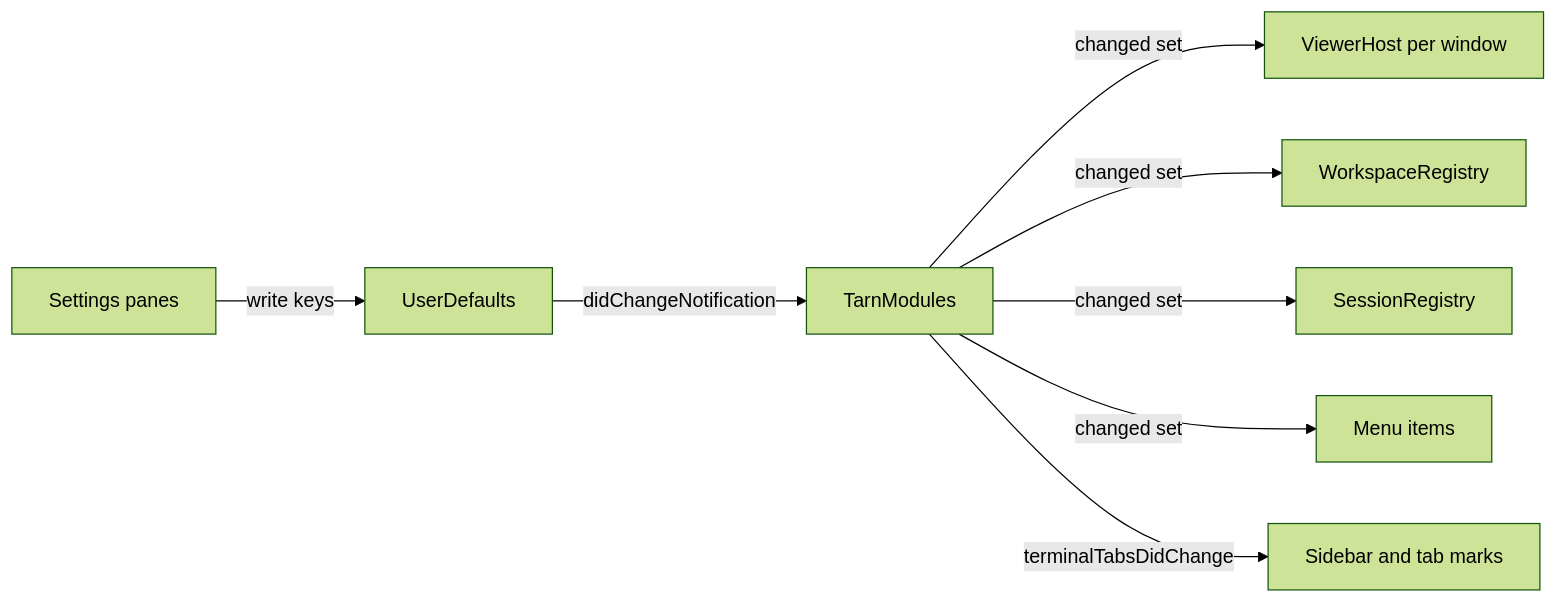
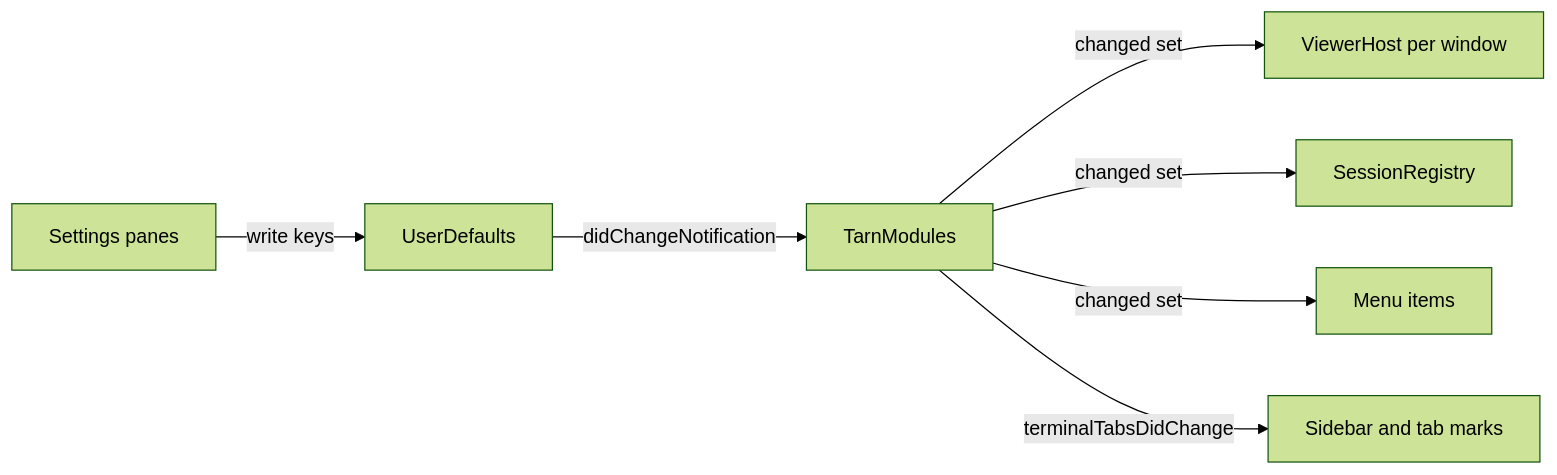
One commit to daniil4545/tarn changed the diagram in docs/specs/modules.md. Above: the diagram before and after it, drawn with Mermaid (forest theme). The commit also changed other lines of this file and 35 other files, not shown here.

````diff
--- a/docs/specs/modules.md
+++ b/docs/specs/modules.md
@@ -94,10 +91,9 @@
 ```mermaid
 flowchart LR
   pane["Settings panes"] -->|"write keys"| ud["UserDefaults"]
   ud -->|"didChangeNotification"| mods["TarnModules"]
   mods -->|"changed set"| host["ViewerHost per window"]
-  mods -->|"changed set"| ws["WorkspaceRegistry"]
   mods -->|"changed set"| reg["SessionRegistry"]
   mods -->|"changed set"| menu["Menu items"]
   mods -->|"terminalTabsDidChange"| side["Sidebar and tab marks"]
 ```
````
